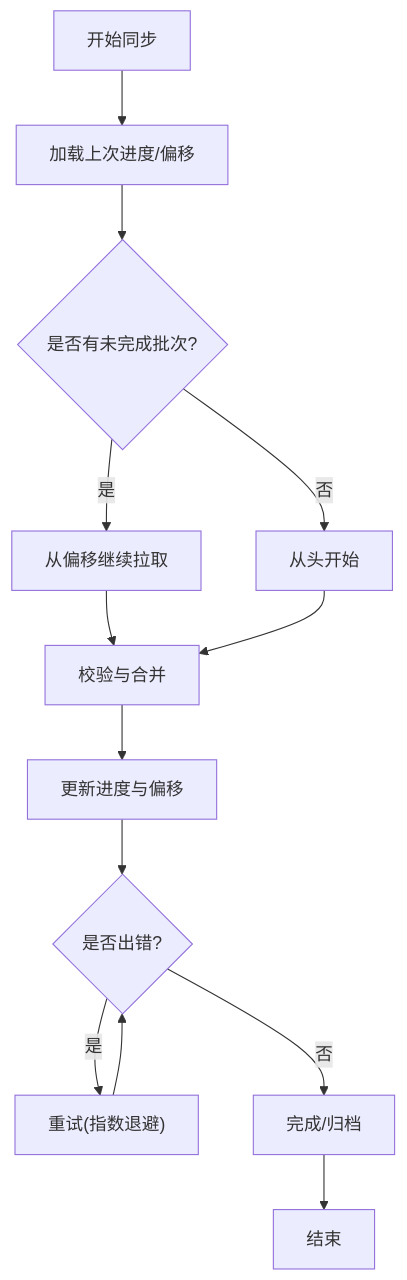
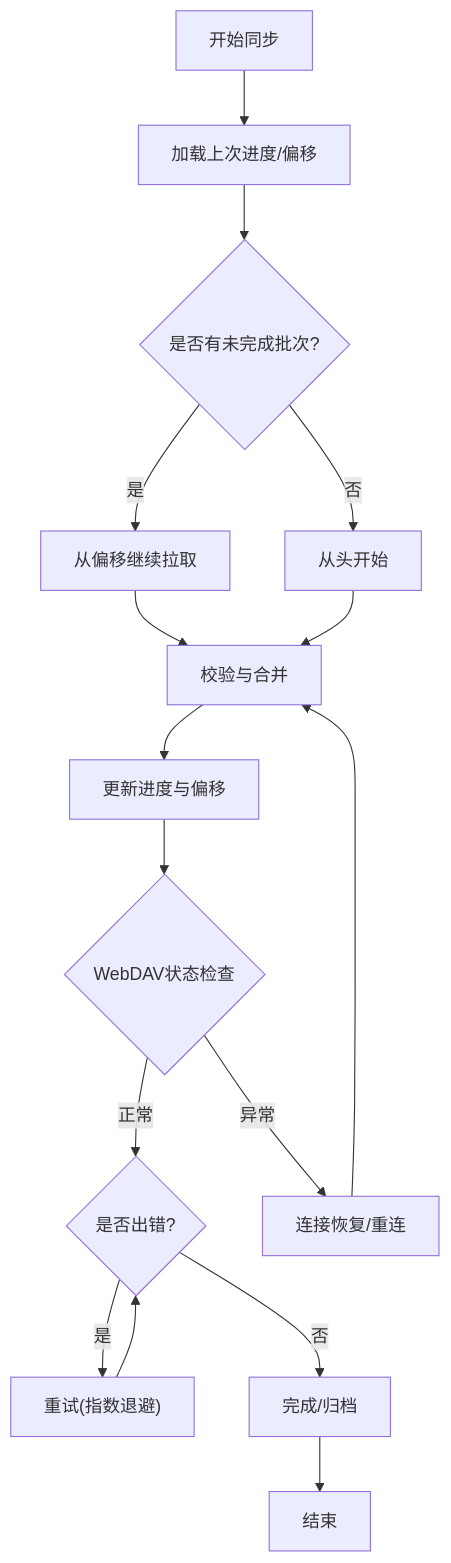
Before and after one commit to ZhangGHGitHub/LegadoTeamFlutter: the seventh of 11 diagrams in .qoder/repowiki/zh/content/架构设计/分层架构设计/数据访问层/数据同步机制.md, drawn with Mermaid. The commit also changed other lines of this file and 66 other files, not shown here.

````diff
--- a/.qoder/repowiki/zh/content/架构设计/分层架构设计/数据访问层/数据同步机制.md
+++ b/.qoder/repowiki/zh/content/架构设计/分层架构设计/数据访问层/数据同步机制.md
@@ -307,15 +380,18 @@
 ```mermaid
 flowchart TD
 S["开始同步"] --> P["加载上次进度/偏移"]
 P --> N{"是否有未完成批次?"}
 N --> |是| R["从偏移继续拉取"]
 N --> |否| F["从头开始"]
 R --> V["校验与合并"]
 F --> V
 V --> U["更新进度与偏移"]
-U --> E{"是否出错?"}
+U --> W{"WebDAV状态检查"}
+W --> |正常| E{"是否出错?"}
+W --> |异常| C["连接恢复/重连"]
+C --> V
 E --> |是| Retry["重试(指数退避)"]
 E --> |否| Done["完成/归档"]
 Retry --> E
 Done --> End["结束"]
 ```
````
